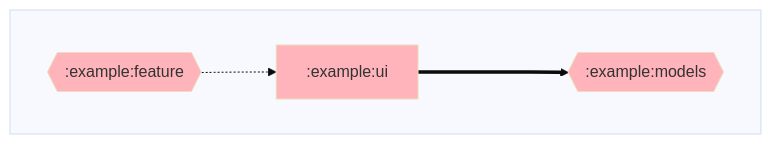
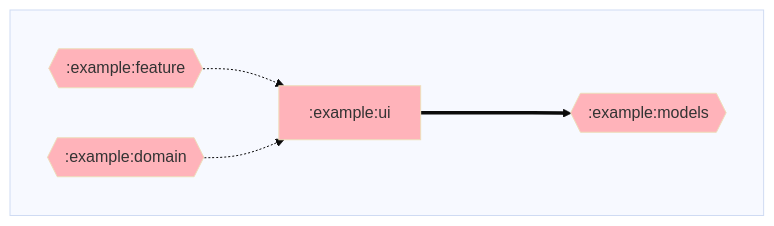
One commit to adityabhaskar/Gradle-dependency-graphs changed the diagram in example/ui/dependencyGraph.md. Above: the diagram before and after it, drawn with Mermaid. The commit also changed 2 other files, not shown here.

Commit message:
Updated dependency graphs

````diff
--- a/example/ui/dependencyGraph.md
+++ b/example/ui/dependencyGraph.md
@@ -1,29 +1,32 @@
 ```mermaid
 %%{ init: { 'theme': 'base' } }%%
 graph LR;
 
 %% Styling for module nodes by type
 classDef rootNode stroke-width:4px;
 classDef mppNode fill:#ffd2b3;
 classDef andNode fill:#baffc9;
 classDef javaNode fill:#ffb3ba;
 
 %% Modules
 subgraph  
   direction LR;
+  :example:domain{{:example:domain}}:::javaNode;
   :example:feature{{:example:feature}}:::javaNode;
   :example:models{{:example:models}}:::javaNode;
   :example:ui[:example:ui]:::javaNode;
 end
 
 %% Dependencies
 :example:ui===>:example:models
 
 %% Dependents
 :example:feature-.->:example:ui
+:example:domain-.->:example:ui
 
 %% Click interactions
+click :example:domain https://github.com/adityabhaskar/Project-Dependency-Graph/blob/main/example/domain/dependencyGraph.md
 click :example:feature https://github.com/adityabhaskar/Project-Dependency-Graph/blob/main/example/feature/dependencyGraph.md
 click :example:models https://github.com/adityabhaskar/Project-Dependency-Graph/blob/main/example/models/dependencyGraph.md
 click :example:ui https://github.com/adityabhaskar/Project-Dependency-Graph/blob/main/example/ui/dependencyGraph.md
 ```
````
